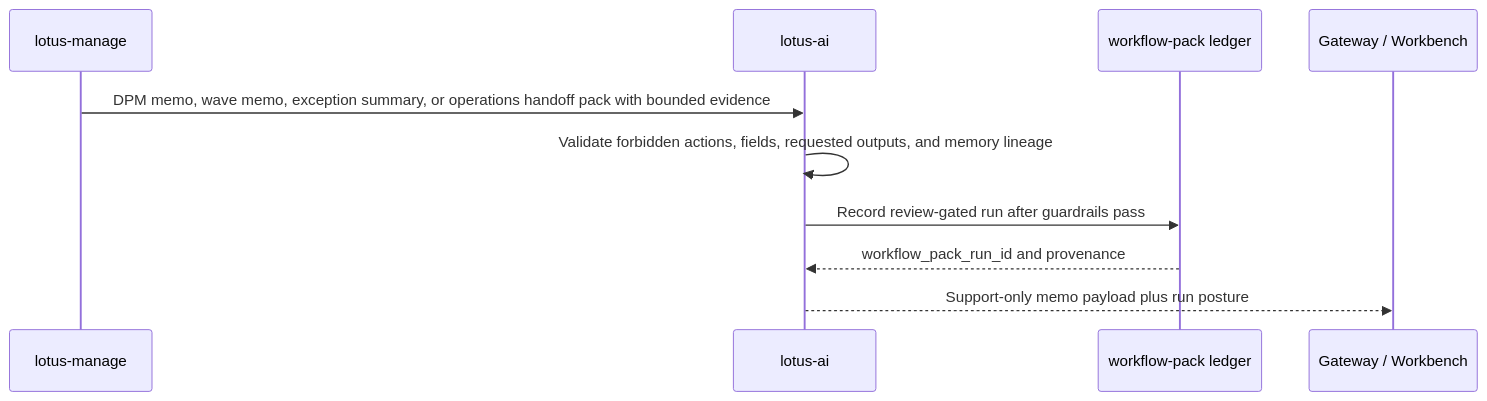
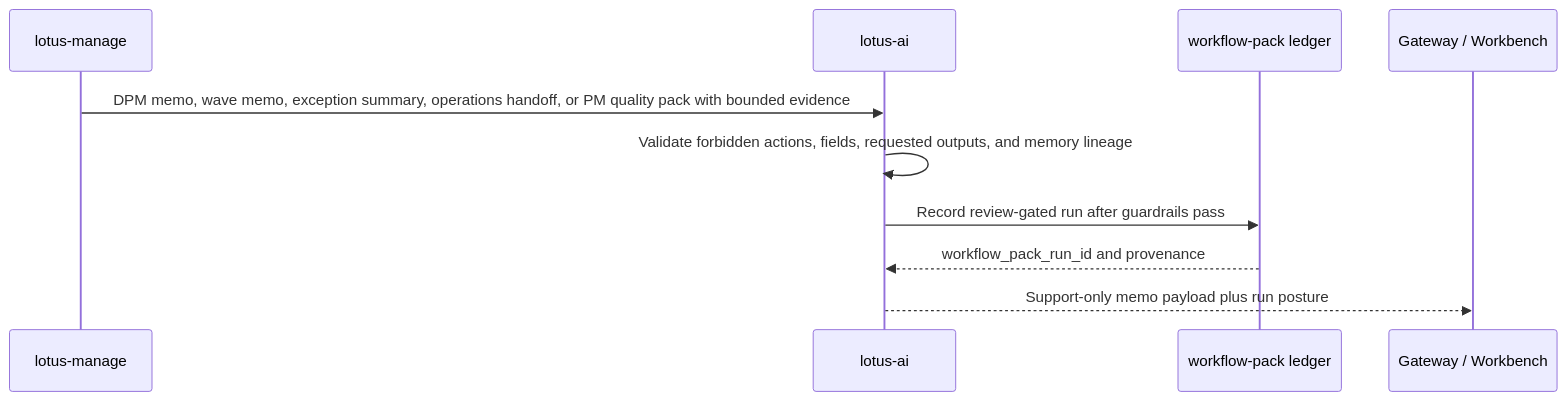
The diagram in wiki/Integrations.md (sgajbi/lotus-ai), drawn with Mermaid before and after one commit. The commit also changed other lines of this file and 29 other files, not shown here.

Commit message:
Add PM quality summary workflow pack

````diff
--- a/wiki/Integrations.md
+++ b/wiki/Integrations.md
@@ -243,12 +259,12 @@
 ```mermaid
 sequenceDiagram
     participant Manage as lotus-manage
     participant AI as lotus-ai
     participant Ledger as workflow-pack ledger
     participant UI as Gateway / Workbench
-    Manage->>AI: DPM memo, wave memo, exception summary, or operations handoff pack with bounded evidence
+    Manage->>AI: DPM memo, wave memo, exception summary, operations handoff, or PM quality pack with bounded evidence
     AI->>AI: Validate forbidden actions, fields, requested outputs, and memory lineage
     AI->>Ledger: Record review-gated run after guardrails pass
     Ledger-->>AI: workflow_pack_run_id and provenance
     AI-->>UI: Support-only memo payload plus run posture
 ```
````
